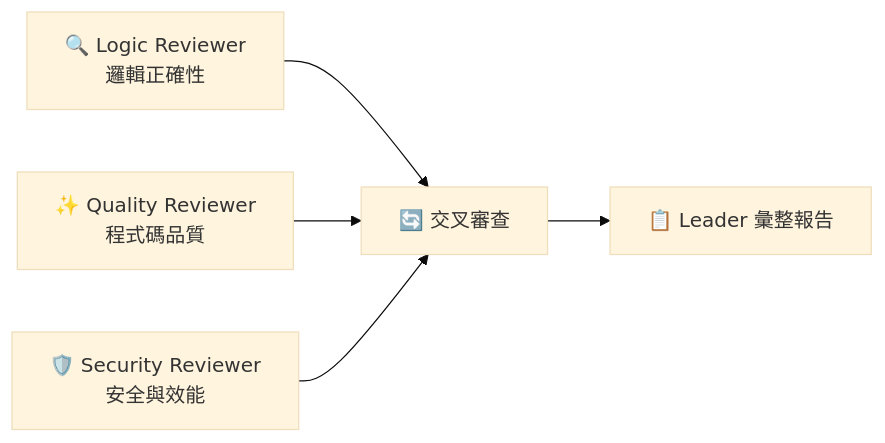
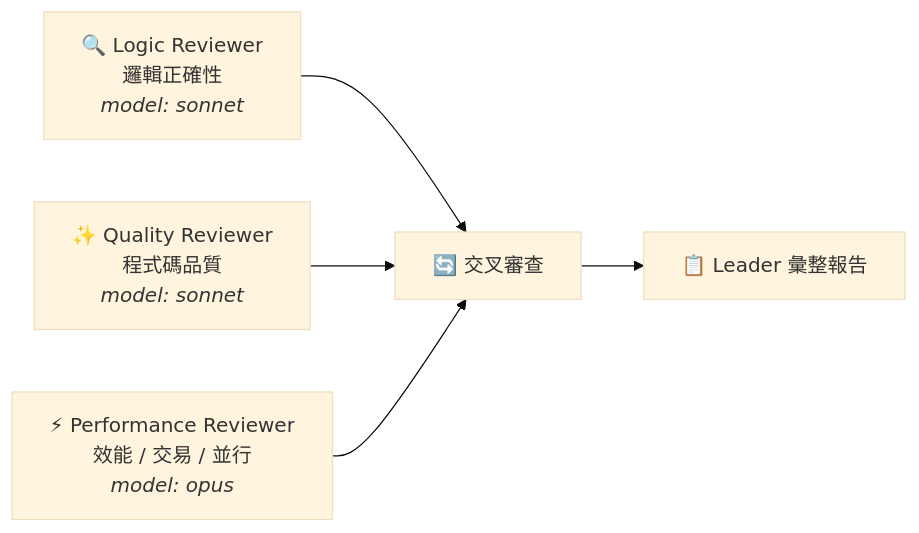
The third of 3 diagrams in plugins/feature-workflow/README.md (Stcfinch/crew), drawn with Mermaid (base theme) before and after one commit. The commit also changed other lines of this file and 30 other files, not shown here.

````diff
--- a/plugins/feature-workflow/README.md
+++ b/plugins/feature-workflow/README.md
@@ -236,13 +242,13 @@
 ```mermaid
 flowchart LR
-    L["🔍 Logic Reviewer<br/>邏輯正確性"]
-    Q["✨ Quality Reviewer<br/>程式碼品質"]
-    S["🛡️ Security Reviewer<br/>安全與效能"]
+    L["🔍 Logic Reviewer<br/>邏輯正確性<br/><i>model: sonnet</i>"]
+    Q["✨ Quality Reviewer<br/>程式碼品質<br/><i>model: sonnet</i>"]
+    S["⚡ Performance Reviewer<br/>效能 / 交易 / 並行<br/><i>model: opus</i>"]
     X["🔄 交叉審查"]
     R["📋 Leader 彙整報告"]
 
     L --> X
     Q --> X
     S --> X
     X --> R
 ```
````
